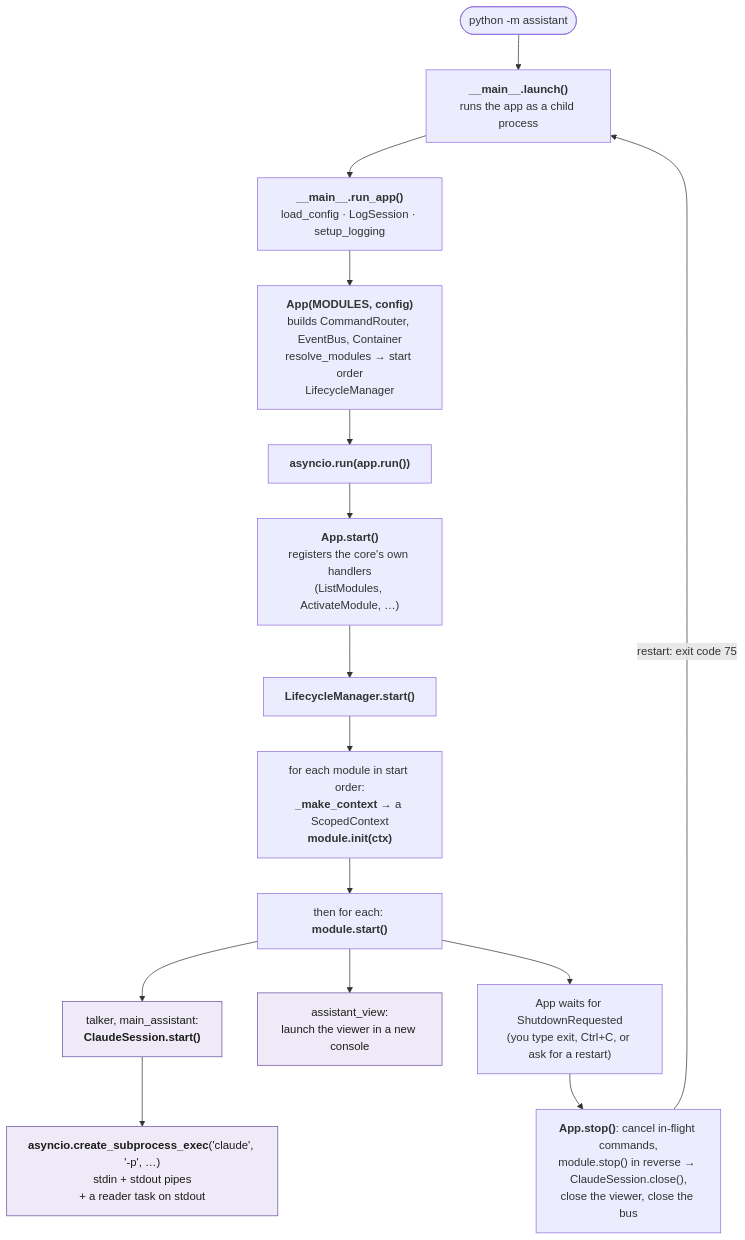
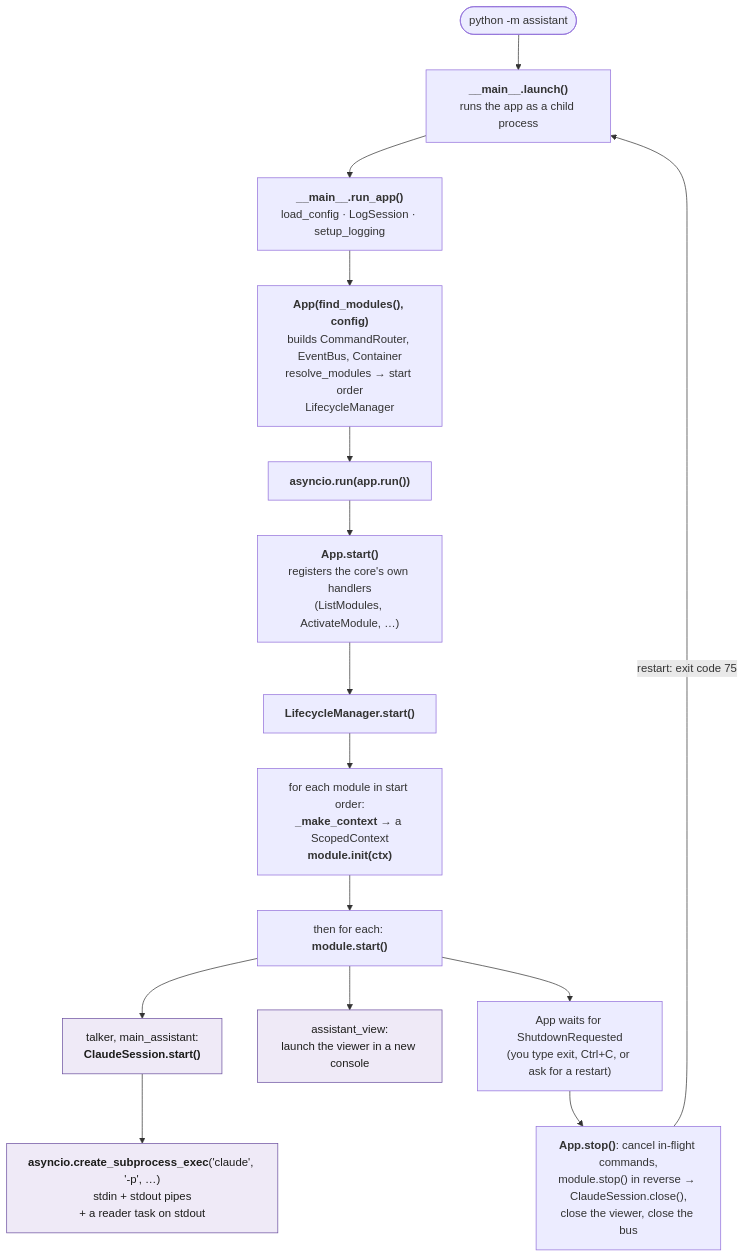
The third of 11 diagrams in docs/agents/runtime.md (sharramon/AI_Assistant), drawn with Mermaid before and after one commit. The commit also changed 23 other files, not shown here.

Commit message:
Module system, chunk 4: modules found by folder (find_modules; the MODULES list goes)

````diff
--- a/docs/agents/runtime.md
+++ b/docs/agents/runtime.md
@@ -98,20 +98,20 @@
 ```mermaid
 flowchart TB
     Run(["python -m assistant"]) --> Launch["<b>__main__.launch()</b><br/>runs the app as a child process"]
     Launch --> Main["<b>__main__.run_app()</b><br/>load_config · LogSession · setup_logging"]
-    Main --> AppNew["<b>App(MODULES, config)</b><br/>builds CommandRouter, EventBus, Container<br/>resolve_modules → start order<br/>LifecycleManager"]
+    Main --> AppNew["<b>App(find_modules(), config)</b><br/>builds CommandRouter, EventBus, Container<br/>resolve_modules → start order<br/>LifecycleManager"]
     AppNew --> AppRun["<b>asyncio.run(app.run())</b>"]
     AppRun --> AppStart["<b>App.start()</b><br/>registers the core's own handlers<br/>(ListModules, ActivateModule, …)"]
     AppStart --> LStart["<b>LifecycleManager.start()</b>"]
     LStart --> Ctx["for each module in start order:<br/><b>_make_context</b> → a ScopedContext<br/><b>module.init(ctx)</b>"]
     Ctx --> Start["then for each: <b>module.start()</b>"]
     Start --> CS["talker, main_assistant:<br/><b>ClaudeSession.start()</b>"]
     Start --> VS["assistant_view:<br/>launch the viewer in a new console"]
     CS --> Spawn["<b>asyncio.create_subprocess_exec</b>('claude', '-p', …)<br/>stdin + stdout pipes<br/>+ a reader task on stdout"]
     Start --> Wait["App waits for ShutdownRequested<br/>(you type exit, Ctrl+C, or ask for a restart)"]
     Wait --> Stop["<b>App.stop()</b>: cancel in-flight commands,<br/>module.stop() in reverse → ClaudeSession.close(),<br/>close the viewer, close the bus"]
     Stop -- "restart: exit code 75" --> Launch
 
     classDef new fill:#efeaf7,stroke:#6b4fa0,color:#1d1d1b
     class CS,VS,Spawn new
 ```
````
